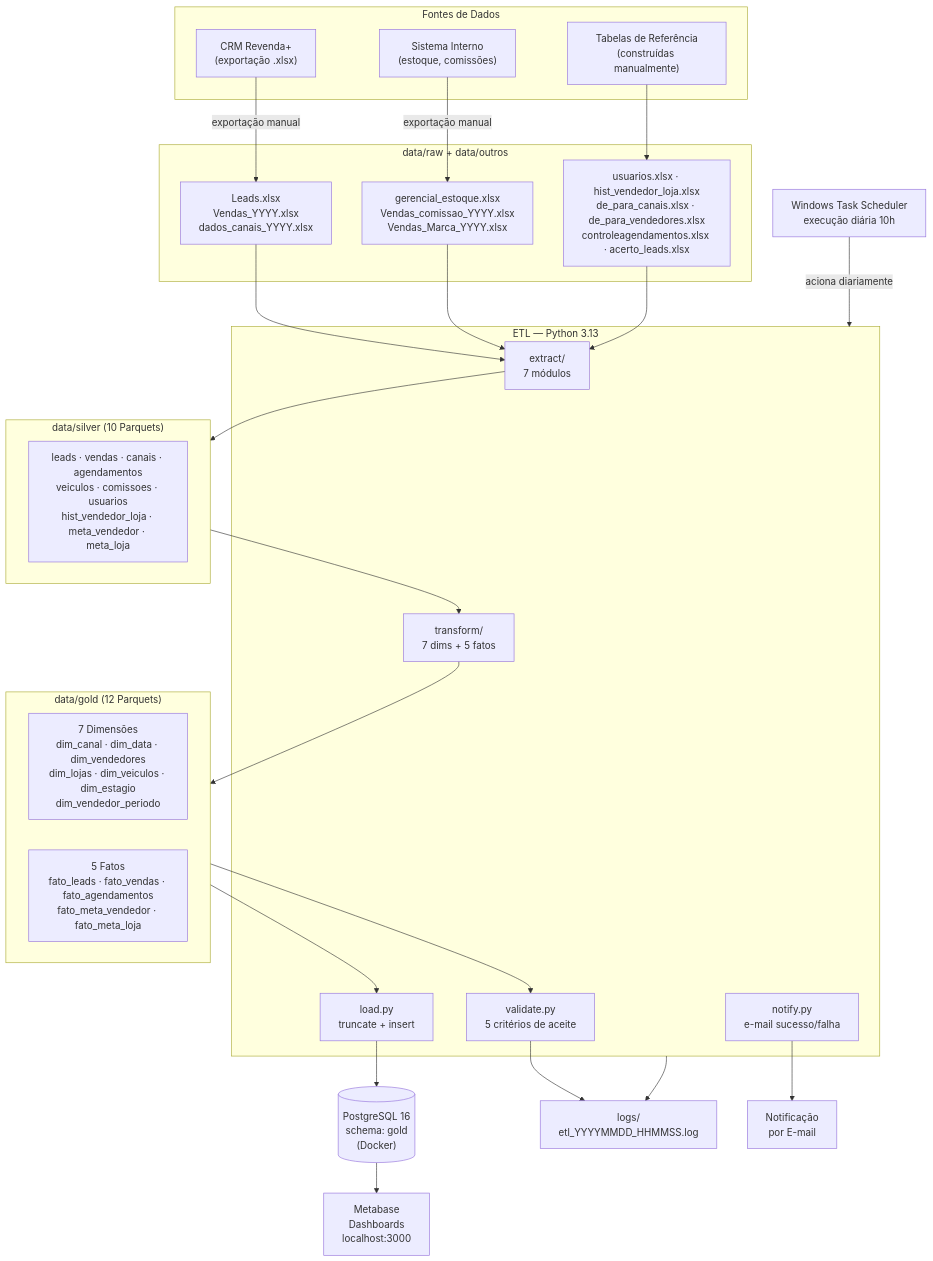
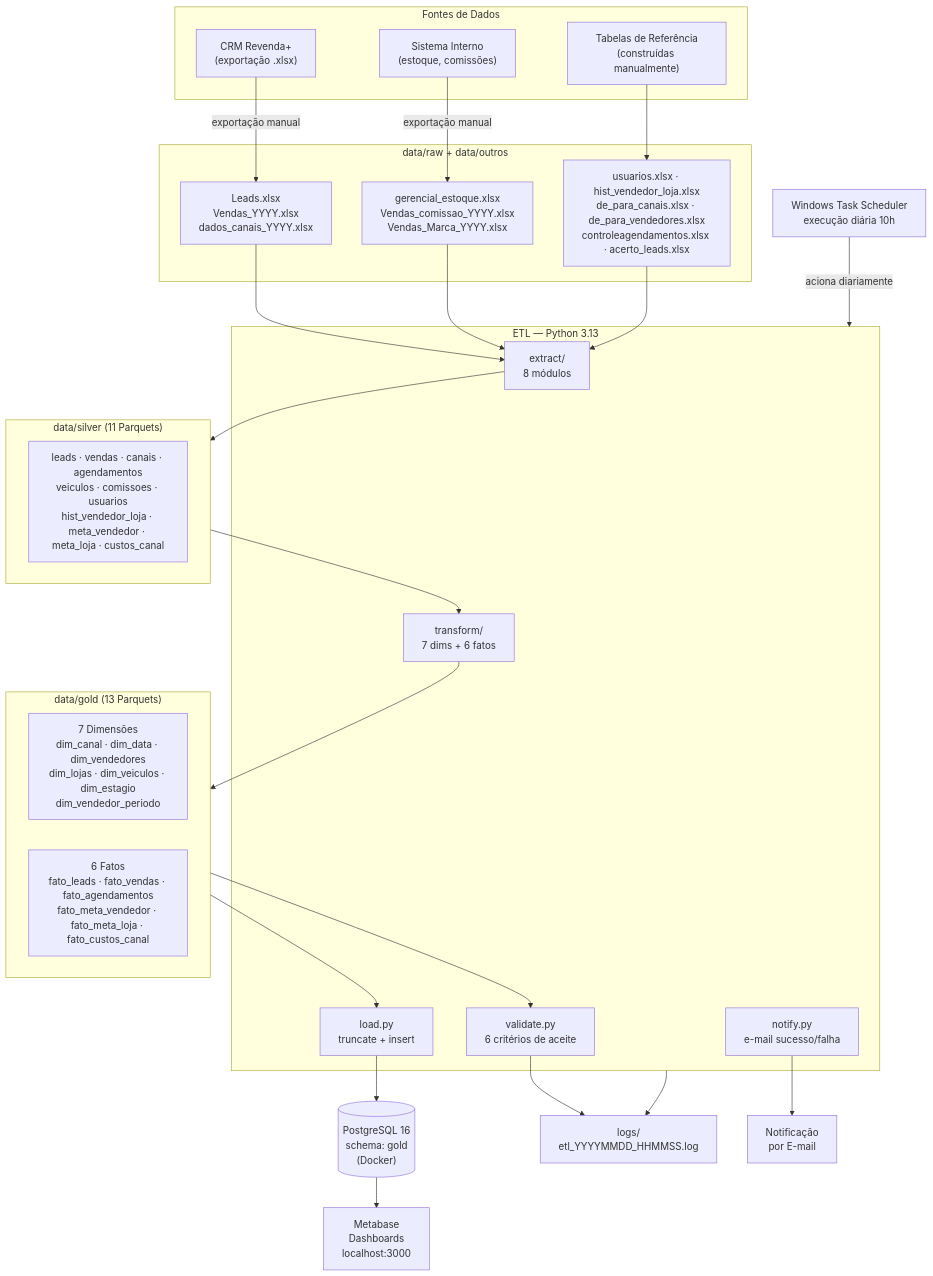
Before and after one commit to Gomesg1374/CRM_Analytics: the diagram in README.md, drawn with Mermaid. The commit also changed other lines of this file and 7 other files, not shown here.

First line of the commit message:
Add fato_custos_canal: custo mensal por canal de anuncio

````diff
--- a/README.md
+++ b/README.md
@@ -11,53 +11,53 @@
 ```mermaid
 flowchart TD
     subgraph SRC["Fontes de Dados"]
         CRM["CRM Revenda+\n(exportação .xlsx)"]
         ERP["Sistema Interno\n(estoque, comissões)"]
         MAN["Tabelas de Referência\n(construídas manualmente)"]
     end
 
     subgraph RAW["data/raw  +  data/outros"]
         R1["Leads.xlsx\nVendas_YYYY.xlsx\ndados_canais_YYYY.xlsx"]
         R2["gerencial_estoque.xlsx\nVendas_comissao_YYYY.xlsx\nVendas_Marca_YYYY.xlsx"]
         R3["usuarios.xlsx · hist_vendedor_loja.xlsx\nde_para_canais.xlsx · de_para_vendedores.xlsx\ncontroleagendamentos.xlsx · acerto_leads.xlsx"]
     end
 
     subgraph ETL["ETL — Python 3.13"]
-        EX["extract/\n7 módulos"]
-        TR["transform/\n7 dims + 5 fatos"]
+        EX["extract/\n8 módulos"]
+        TR["transform/\n7 dims + 6 fatos"]
         LD["load.py\ntruncate + insert"]
-        VA["validate.py\n5 critérios de aceite"]
+        VA["validate.py\n6 critérios de aceite"]
         NT["notify.py\ne-mail sucesso/falha"]
     end
 
-    subgraph SLV["data/silver  (10 Parquets)"]
-        S["leads · vendas · canais · agendamentos\nveiculos · comissoes · usuarios\nhist_vendedor_loja · meta_vendedor · meta_loja"]
+    subgraph SLV["data/silver  (11 Parquets)"]
+        S["leads · vendas · canais · agendamentos\nveiculos · comissoes · usuarios\nhist_vendedor_loja · meta_vendedor · meta_loja · custos_canal"]
     end
 
-    subgraph GLD["data/gold  (12 Parquets)"]
+    subgraph GLD["data/gold  (13 Parquets)"]
         DIM["7 Dimensões\ndim_canal · dim_data · dim_vendedores\ndim_lojas · dim_veiculos · dim_estagio\ndim_vendedor_periodo"]
-        FAT["5 Fatos\nfato_leads · fato_vendas · fato_agendamentos\nfato_meta_vendedor · fato_meta_loja"]
+        FAT["6 Fatos\nfato_leads · fato_vendas · fato_agendamentos\nfato_meta_vendedor · fato_meta_loja · fato_custos_canal"]
     end
 
     PG[("PostgreSQL 16\nschema: gold\n(Docker)")]
     MB["Metabase\nDashboards\nlocalhost:3000"]
     SCH["Windows Task Scheduler\nexecução diária 10h"]
     LOG["logs/\netl_YYYYMMDD_HHMMSS.log"]
     EMAIL["Notificação\npor E-mail"]
 
     CRM -->|exportação manual| R1
     ERP -->|exportação manual| R2
     MAN --> R3
     R1 & R2 & R3 --> EX
     EX --> SLV
     SLV --> TR
     TR --> GLD
     GLD --> LD
     LD --> PG
     GLD --> VA
     VA --> LOG
     NT --> EMAIL
     PG --> MB
     SCH -->|"aciona diariamente"| ETL
     ETL --> LOG
 ```
````
